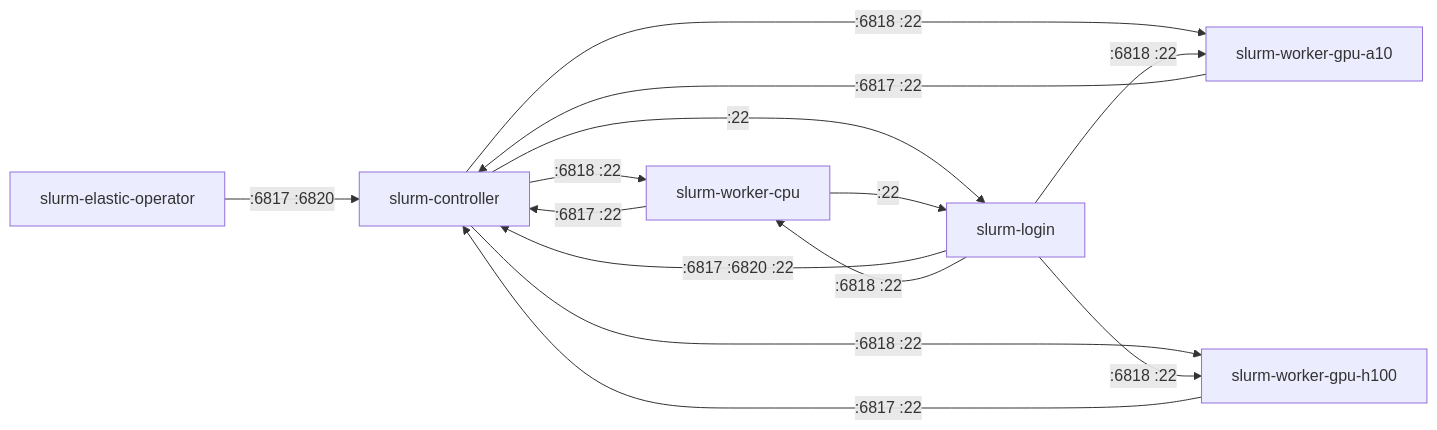
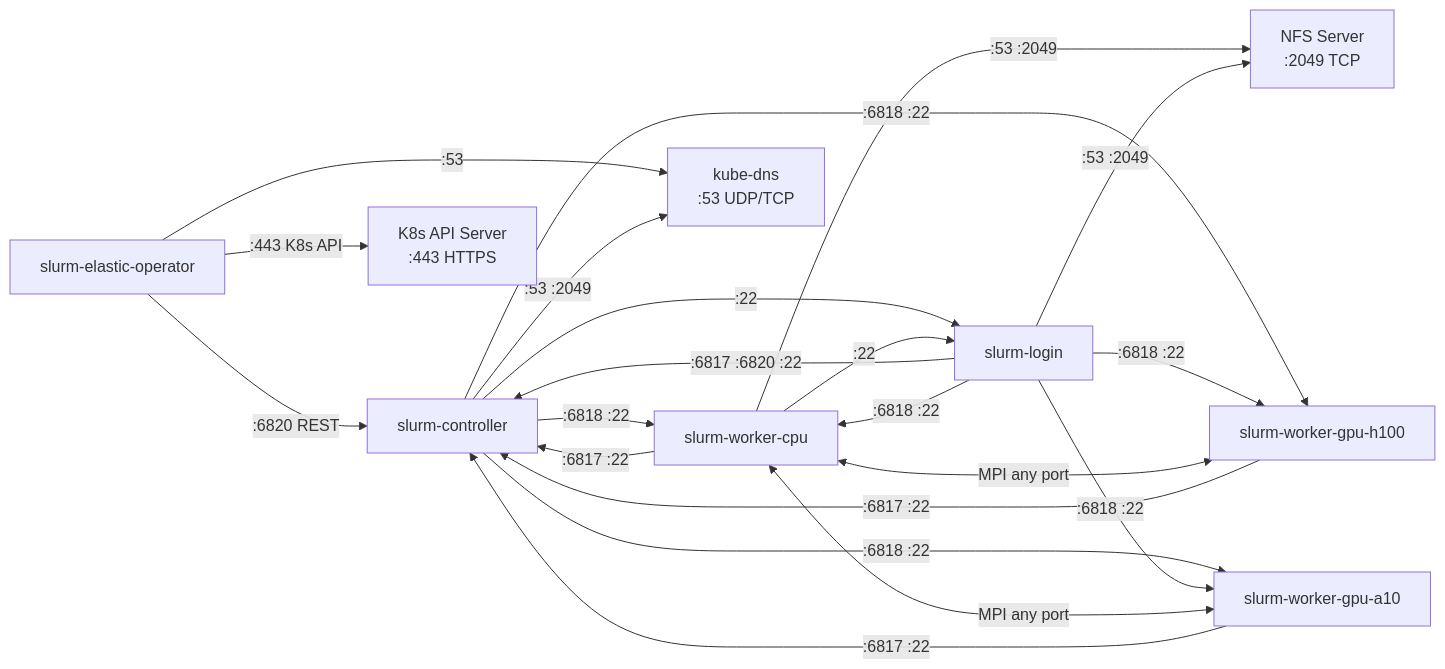
Before and after one commit to SoWiEee/Slurm-on-K8s-For-DDP: the fourth of 7 diagrams in docs/cluster.md, drawn with Mermaid. The commit also changed other lines of this file and 4 other files, not shown here.

````diff
--- a/docs/cluster.md
+++ b/docs/cluster.md
@@ -255,25 +257,37 @@
 ```mermaid
 flowchart LR
     OPER[slurm-elastic-operator]
     LOGIN[slurm-login]
     CTL[slurm-controller]
     CPU[slurm-worker-cpu]
     A10[slurm-worker-gpu-a10]
     H100[slurm-worker-gpu-h100]
+    DNS[kube-dns\n:53 UDP/TCP]
+    K8SAPI[K8s API Server\n:443 HTTPS]
+    NFS[NFS Server\n:2049 TCP]
 
-    OPER -- ":6817 :6820" --> CTL
+    OPER -- ":443 K8s API" --> K8SAPI
+    OPER -- ":6820 REST" --> CTL
+
     LOGIN -- ":6817 :6820 :22" --> CTL
     CPU -- ":6817 :22" --> CTL
     A10 -- ":6817 :22" --> CTL
     H100 -- ":6817 :22" --> CTL
 
     CTL -- ":6818 :22" --> CPU
     CTL -- ":6818 :22" --> A10
     CTL -- ":6818 :22" --> H100
     LOGIN -- ":6818 :22" --> CPU
     LOGIN -- ":6818 :22" --> A10
     LOGIN -- ":6818 :22" --> H100
 
     CTL -- ":22" --> LOGIN
     CPU -- ":22" --> LOGIN
+    CPU <-- "MPI any port" --> A10
+    CPU <-- "MPI any port" --> H100
+
+    OPER -- ":53" --> DNS
+    CTL -- ":53 :2049" --> DNS
+    CPU -- ":53 :2049" --> NFS
+    LOGIN -- ":53 :2049" --> NFS
 ```
````
